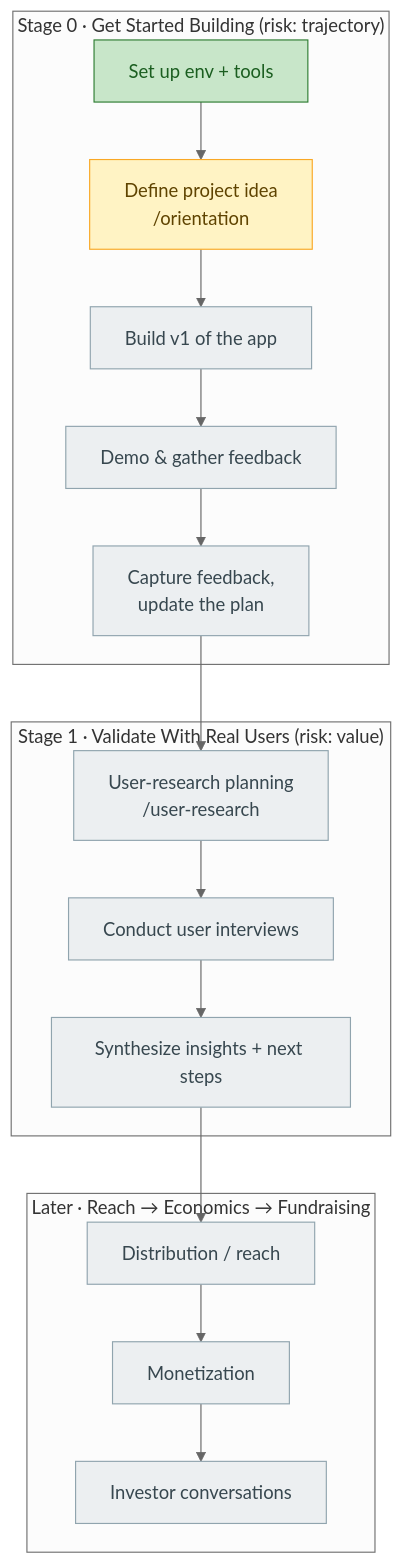
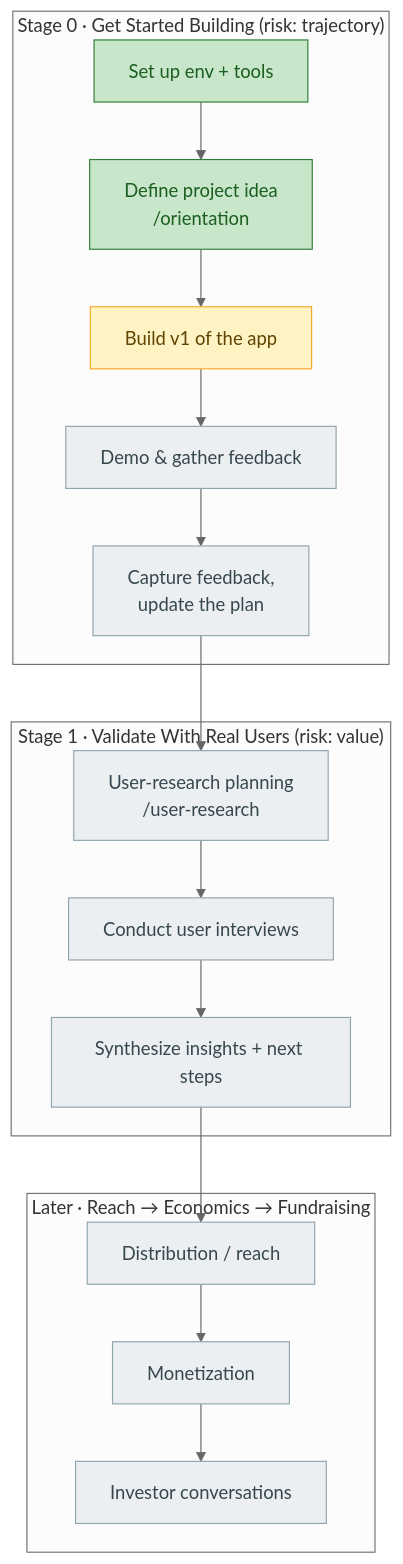
One commit to ngupta1729/MVP-1-Interactify changed the diagram in journey.md. Above: the diagram before and after it, drawn with Mermaid (neutral theme). The commit also changed other lines of this file and 1 other file, not shown here.

````diff
--- a/journey.md
+++ b/journey.md
@@ -23,26 +24,26 @@
 ```mermaid
 flowchart TD
     subgraph S0["Stage 0 · Get Started Building  (risk: trajectory)"]
         A0["Set up env + tools"] --> A1["Define project idea<br/>/orientation"]
         A1 --> A2["Build v1 of the app"]
         A2 --> A3["Demo &amp; gather feedback"]
         A3 --> A4["Capture feedback,<br/>update the plan"]
     end
     subgraph S1["Stage 1 · Validate With Real Users  (risk: value)"]
         B0["User-research planning<br/>/user-research"] --> B1["Conduct user interviews"]
         B1 --> B2["Synthesize insights + next steps"]
     end
     subgraph S2["Later · Reach → Economics → Fundraising"]
         C0["Distribution / reach"] --> C1["Monetization"]
         C1 --> C2["Investor conversations"]
     end
     A4 --> B0
     B2 --> C0
 
     classDef done fill:#c8e6c9,stroke:#2e7d32,color:#1b5e20;
     classDef current fill:#fff3c4,stroke:#f9a825,color:#5f4300;
     classDef todo fill:#eceff1,stroke:#90a4ae,color:#37474f;
-    class A0 done;
-    class A1 current;
-    class A2,A3,A4,B0,B1,B2,C0,C1,C2 todo;
+    class A0,A1 done;
+    class A2 current;
+    class A3,A4,B0,B1,B2,C0,C1,C2 todo;
 ```
````
